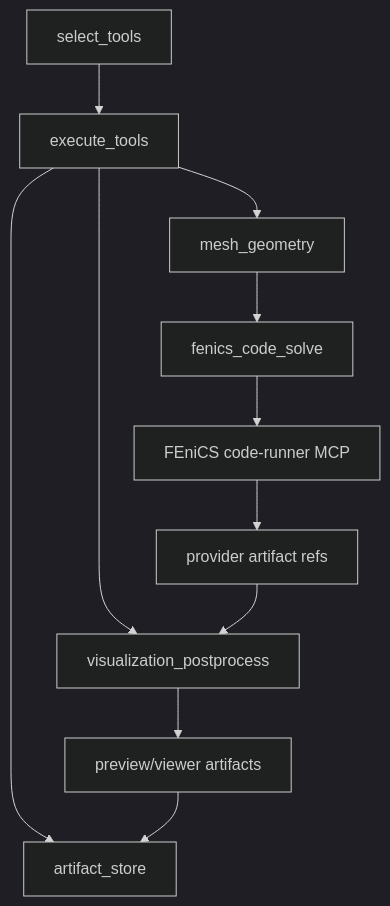
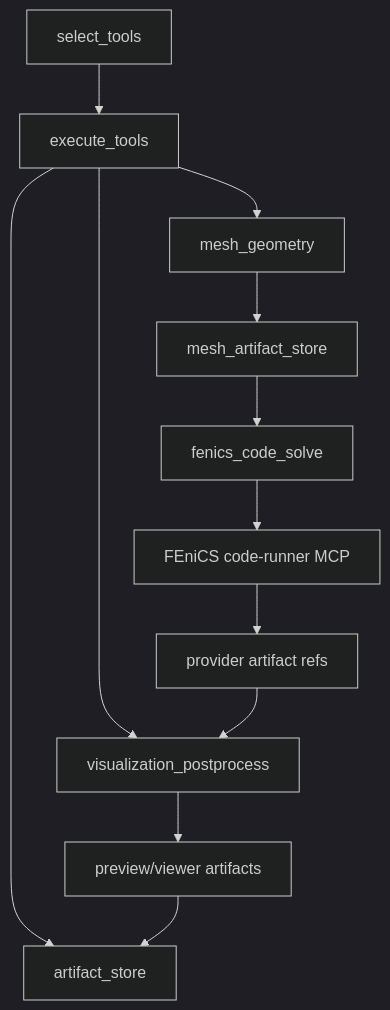
The sixth of 10 diagrams in langgraph/architecture.md (RadmirG/AES), drawn with Mermaid (dark theme) before and after one commit. The commit also changed other lines of this file and 20 other files, not shown here.

````diff
--- a/langgraph/architecture.md
+++ b/langgraph/architecture.md
@@ -226,13 +228,14 @@
 ```mermaid
 flowchart TD
     A["select_tools"] --> B["execute_tools"]
     B --> M["mesh_geometry"]
-    M --> C["fenics_code_solve"]
+    M --> MS["mesh_artifact_store"]
+    MS --> C["fenics_code_solve"]
     B --> D["visualization_postprocess"]
     B --> E["artifact_store"]
     C --> F["FEniCS code-runner MCP"]
     F --> G["provider artifact refs"]
     G --> D
     D --> H["preview/viewer artifacts"]
     H --> E
 ```
````
